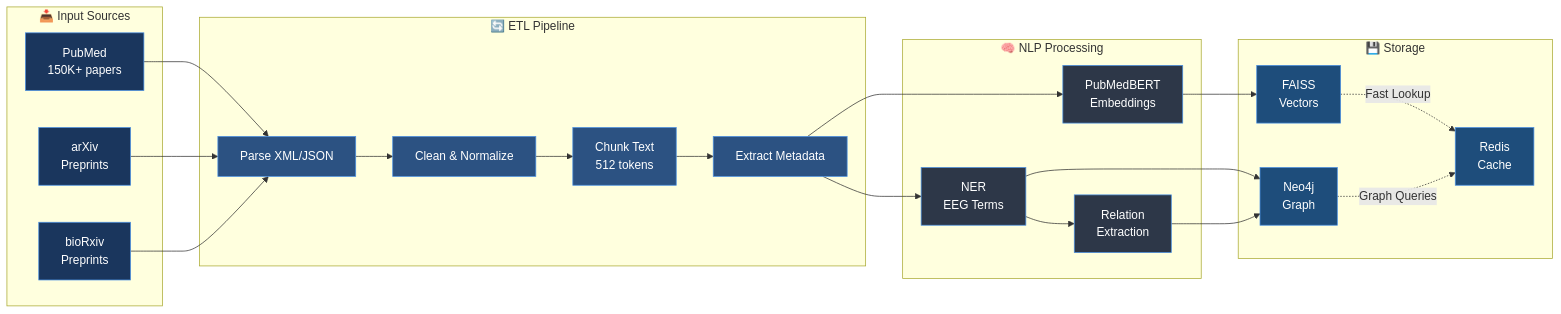
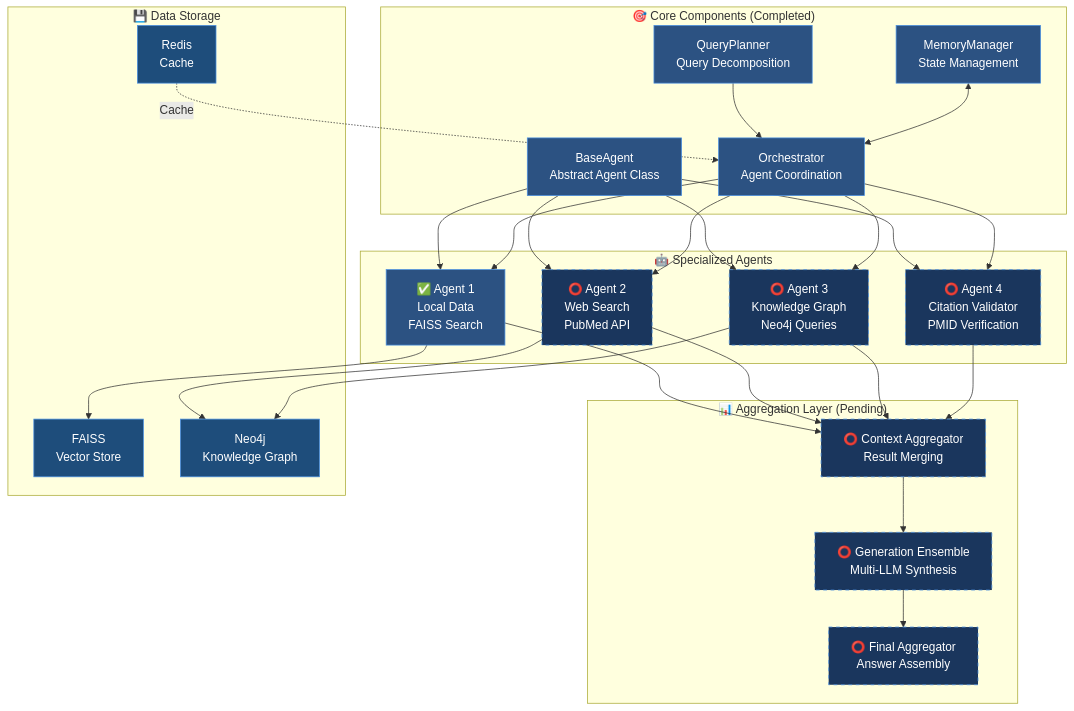
Diagram 17 of 25 in README.md (hkevin01/eeg-rag), drawn with Mermaid before and after one commit. The commit also changed other lines of this file and 6 other files, not shown here.

Commit message:
Implement Web Search Agent for PubMed API integration with comprehensive features including E-utilities support, rate limiting, result caching, XML parsing, and error handling. Add unit tests covering article creation, search execution, caching behavior, and statistics tracking.

````diff
--- a/README.md
+++ b/README.md
@@ -995,55 +1108,68 @@
 ```mermaid
-flowchart LR
-    subgraph Input["📥 Input Sources"]
-        P1[PubMed<br/>150K+ papers]
-        P2[arXiv<br/>Preprints]
-        P3[bioRxiv<br/>Preprints]
-        style P1 fill:#1a365d,stroke:#4a90e2,color:#fff
-        style P2 fill:#1a365d,stroke:#4a90e2,color:#fff
-        style P3 fill:#1a365d,stroke:#4a90e2,color:#fff
+flowchart TB
+    subgraph Core["🎯 Core Components (Completed)"]
+        BA[BaseAgent<br/>Abstract Agent Class]
+        QP[QueryPlanner<br/>Query Decomposition]
+        MM[MemoryManager<br/>State Management]
+        OR[Orchestrator<br/>Agent Coordination]
+        style BA fill:#2c5282,stroke:#4a90e2,color:#fff
+        style QP fill:#2c5282,stroke:#4a90e2,color:#fff
+        style MM fill:#2c5282,stroke:#4a90e2,color:#fff
+        style OR fill:#2c5282,stroke:#4a90e2,color:#fff
     end
 
-    subgraph ETL["🔄 ETL Pipeline"]
-        E1[Parse XML/JSON]
-        E2[Clean & Normalize]
-        E3[Chunk Text<br/>512 tokens]
-        E4[Extract Metadata]
-        style E1 fill:#2c5282,stroke:#4a90e2,color:#fff
-        style E2 fill:#2c5282,stroke:#4a90e2,color:#fff
-        style E3 fill:#2c5282,stroke:#4a90e2,color:#fff
-        style E4 fill:#2c5282,stroke:#4a90e2,color:#fff
+    subgraph Agents["🤖 Specialized Agents"]
+        A1[✅ Agent 1<br/>Local Data<br/>FAISS Search]
+        A2[⭕ Agent 2<br/>Web Search<br/>PubMed API]
+        A3[⭕ Agent 3<br/>Knowledge Graph<br/>Neo4j Queries]
+        A4[⭕ Agent 4<br/>Citation Validator<br/>PMID Verification]
+        style A1 fill:#2c5282,stroke:#4a90e2,color:#fff
+        style A2 fill:#1a365d,stroke:#4a90e2,color:#fff,stroke-dasharray: 5 5
+        style A3 fill:#1a365d,stroke:#4a90e2,color:#fff,stroke-dasharray: 5 5
+        style A4 fill:#1a365d,stroke:#4a90e2,color:#fff,stroke-dasharray: 5 5
     end
 
-    subgraph NLP["🧠 NLP Processing"]
-        N1[PubMedBERT<br/>Embeddings]
-        N2[NER<br/>EEG Terms]
-        N3[Relation<br/>Extraction]
-        style N1 fill:#2d3748,stroke:#4a90e2,color:#fff
-        style N2 fill:#2d3748,stroke:#4a90e2,color:#fff
-        style N3 fill:#2d3748,stroke:#4a90e2,color:#fff
+    subgraph Agg["📊 Aggregation Layer (Pending)"]
+        CA[⭕ Context Aggregator<br/>Result Merging]
+        GE[⭕ Generation Ensemble<br/>Multi-LLM Synthesis]
+        FA[⭕ Final Aggregator<br/>Answer Assembly]
+        style CA fill:#1a365d,stroke:#4a90e2,color:#fff,stroke-dasharray: 5 5
+        style GE fill:#1a365d,stroke:#4a90e2,color:#fff,stroke-dasharray: 5 5
+        style FA fill:#1a365d,stroke:#4a90e2,color:#fff,stroke-dasharray: 5 5
     end
 
-    subgraph Storage["💾 Storage"]
-        S1[FAISS<br/>Vectors]
-        S2[Neo4j<br/>Graph]
-        S3[Redis<br/>Cache]
-        style S1 fill:#1e4d7b,stroke:#4a90e2,color:#fff
-        style S2 fill:#1e4d7b,stroke:#4a90e2,color:#fff
-        style S3 fill:#1e4d7b,stroke:#4a90e2,color:#fff
+    subgraph Storage["💾 Data Storage"]
+        FAISS[FAISS<br/>Vector Store]
+        NEO[Neo4j<br/>Knowledge Graph]
+        REDIS[Redis<br/>Cache]
+        style FAISS fill:#1e4d7b,stroke:#4a90e2,color:#fff
+        style NEO fill:#1e4d7b,stroke:#4a90e2,color:#fff
+        style REDIS fill:#1e4d7b,stroke:#4a90e2,color:#fff
     end
 
-    P1 --> E1
-    P2 --> E1
-    P3 --> E1
-    E1 --> E2
-    E2 --> E3
-    E3 --> E4
-    E4 --> N1
-    E4 --> N2
-    N2 --> N3
-    N1 --> S1
-    N2 --> S2
-    N3 --> S2
-    S1 -.Fast Lookup.-> S3
-    S2 -.Graph Queries.-> S3
+    QP --> OR
+    MM <--> OR
+    BA --> A1
+    BA --> A2
+    BA --> A3
+    BA --> A4
+
+    OR --> A1
+    OR --> A2
+    OR --> A3
+    OR --> A4
+
+    A1 --> FAISS
+    A2 --> NEO
+    A3 --> NEO
+
+    A1 --> CA
+    A2 --> CA
+    A3 --> CA
+    A4 --> CA
+
+    CA --> GE
+    GE --> FA
+
+    REDIS -.Cache.-> OR
 ```
````
